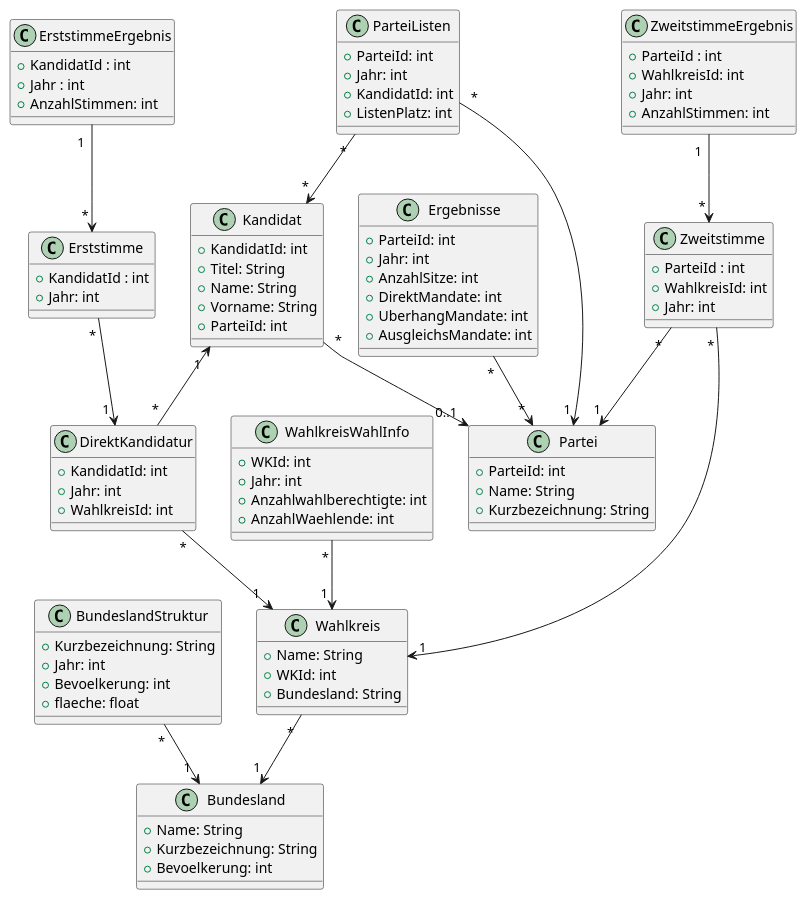
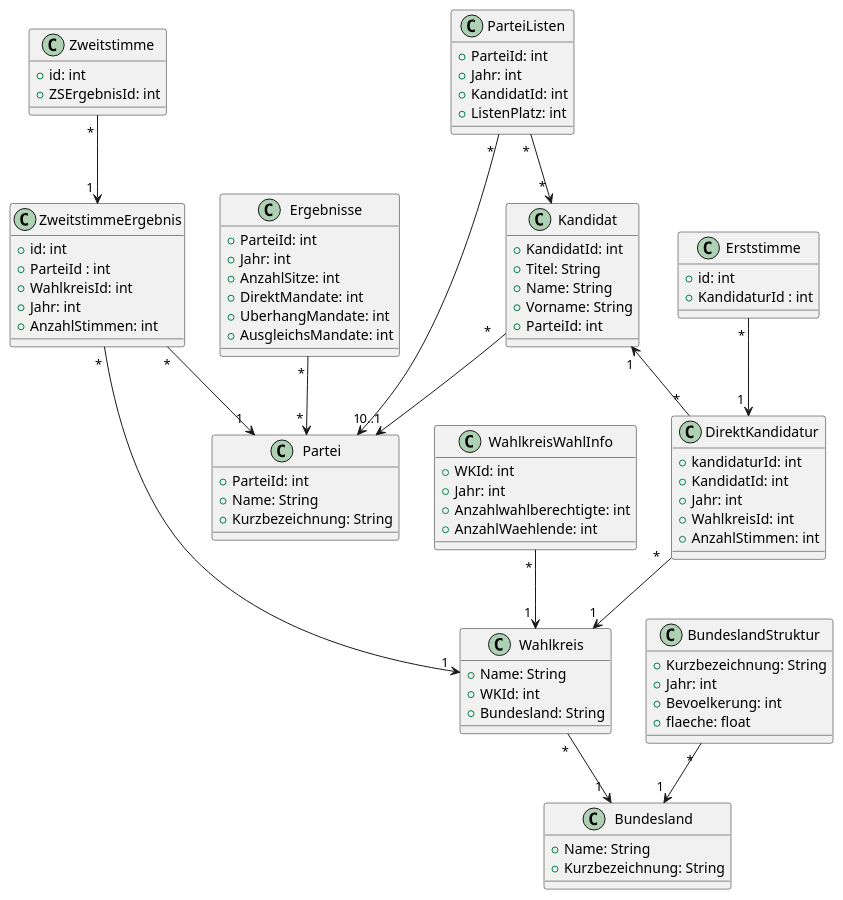
The diagram in documentation/wahlen.wsd (RayenManai/BundestagswahlInformationssystem), drawn with PlantUML before and after one commit.

```diff
--- a/documentation/wahlen.wsd
+++ b/documentation/wahlen.wsd
@@ -1,121 +1,116 @@
 @startuml
 
 class Ergebnisse {
   + ParteiId: int
   + Jahr: int
   + AnzahlSitze: int
   + DirektMandate: int
   + UberhangMandate: int
   + AusgleichsMandate: int
 }
 
-class ErststimmeErgebnis {
-   + KandidatId : int
-   + Jahr : int
-   + AnzahlStimmen: int
+class Erststimme {
+   + id: int
+   + KandidaturId : int
 }
 
+
 class ZweitstimmeErgebnis {
+   + id: int
    + ParteiId : int
    + WahlkreisId: int
    + Jahr: int
    + AnzahlStimmen: int
 }
 
-class Erststimme {
-   + KandidatId : int
-   + Jahr: int
-}
-
 class Zweitstimme {
-   + ParteiId : int
-   + WahlkreisId: int
-   + Jahr: int
+   + id: int
+   + ZSErgebnisId: int
 }
 
 class Wahlkreis {
   + Name: String
   + WKId: int
   + Bundesland: String
 }
 
 class WahlkreisWahlInfo {
   + WKId: int
   + Jahr: int
   + Anzahlwahlberechtigte: int
   + AnzahlWaehlende: int
 }
 
 class Bundesland {
   + Name: String
   + Kurzbezeichnung: String
-  + Bevoelkerung: int
 }
 
 class BundeslandStruktur {
   + Kurzbezeichnung: String
   + Jahr: int
   + Bevoelkerung: int
   + flaeche: float
 }
 
 class Kandidat {
   + KandidatId: int
   + Titel: String
   + Name: String
   + Vorname: String
   + ParteiId: int
 }
 
 class DirektKandidatur {
+  + kandidaturId: int
   + KandidatId: int
   + Jahr: int
   + WahlkreisId: int
+  + AnzahlStimmen: int
 }
 
 class Partei {
   + ParteiId: int
   + Name: String
   + Kurzbezeichnung: String
 }
 
 class ParteiListen {
   + ParteiId: int
   + Jahr: int
   + KandidatId: int
   + ListenPlatz: int
 }
 
 
 
 Wahlkreis " * " --> " 1 " Bundesland 
 
 WahlkreisWahlInfo " * " --> " 1 " Wahlkreis
 
 BundeslandStruktur " * " --> " 1 " Bundesland
 
 
 ParteiListen " * " --> " 1 " Partei
 
 ParteiListen " * " -->  " * " Kandidat
 
 Kandidat " *  " --> " 0..1 " Partei
 
 Kandidat " 1 " <-- " * " DirektKandidatur
 
 DirektKandidatur " * " --> " 1 " Wahlkreis
 
-Zweitstimme "  * " --> " 1 " Partei
+ZweitstimmeErgebnis "  * " --> " 1 " Partei
 
-Zweitstimme " * " --> " 1 " Wahlkreis
+ZweitstimmeErgebnis " * " --> " 1 " Wahlkreis
 
-Erststimme " * " --> " 1 " DirektKandidatur
 
 Ergebnisse  " * "  --> " * "  Partei
 
-ZweitstimmeErgebnis " 1  " --> " * "  Zweitstimme
+Erststimme " * " --> " 1 " DirektKandidatur 
 
-ErststimmeErgebnis " 1  " --> " * "  Erststimme
+Zweitstimme " * " --> " 1 " ZweitstimmeErgebnis 
 
 
 @enduml
```
